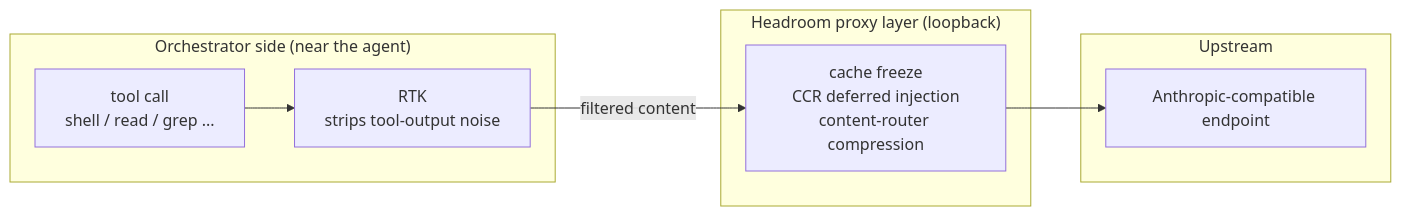
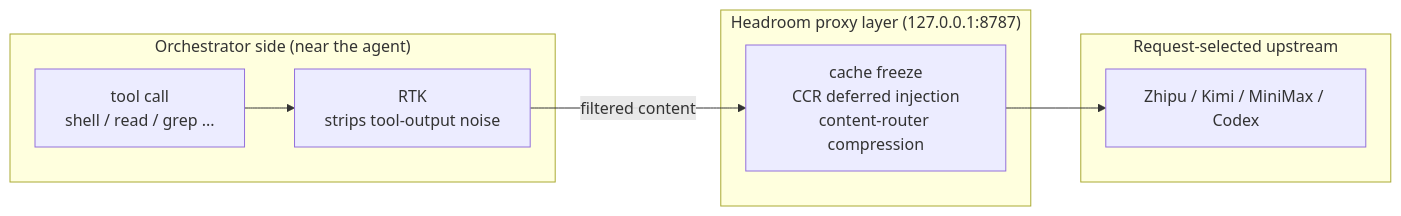
The fourth of 6 diagrams in src/content/note/en/omp-config-and-rules-guide.md (DavidHLP/DavidHLP.github.io), drawn with Mermaid before and after one commit. The commit also changed other lines of this file and 11 other files, not shown here.

````diff
--- a/src/content/note/en/omp-config-and-rules-guide.md
+++ b/src/content/note/en/omp-config-and-rules-guide.md
@@ -356,16 +442,16 @@
 ```mermaid
 flowchart LR
   subgraph Edge["Orchestrator side (near the agent)"]
     T["tool call<br/>shell / read / grep ..."]
     R["RTK<br/>strips tool-output noise"]
   end
-  subgraph Proxy["Headroom proxy layer (loopback)"]
+  subgraph Proxy["Headroom proxy layer (127.0.0.1:8787)"]
     H["cache freeze<br/>CCR deferred injection<br/>content-router compression"]
   end
-  subgraph Up["Upstream"]
-    U["Anthropic-compatible endpoint"]
+  subgraph Up["Request-selected upstream"]
+    U["Zhipu / Kimi / MiniMax / Codex"]
   end
   T --> R
   R -->|"filtered content"| H
   H --> U
 ```
````
